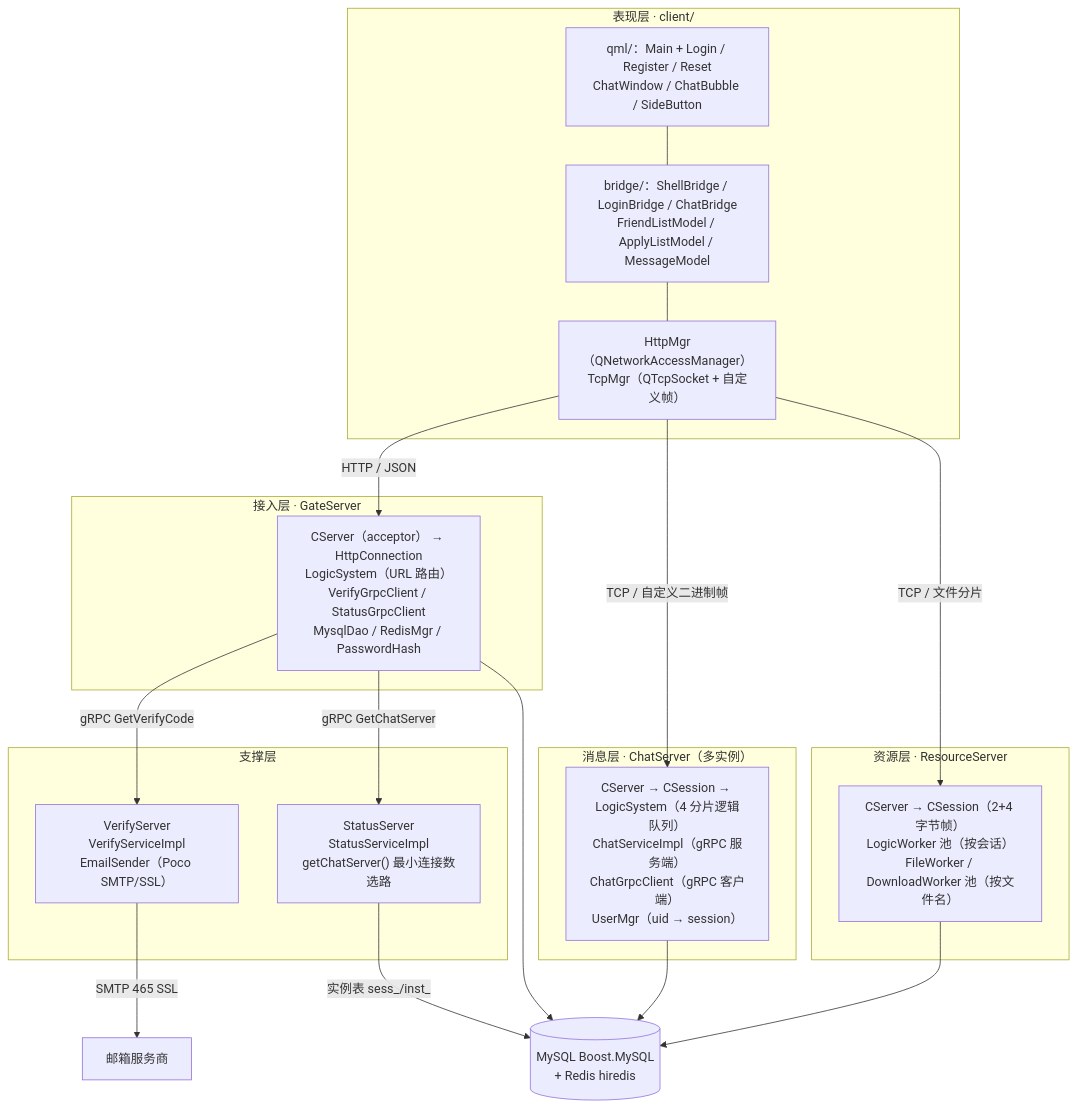
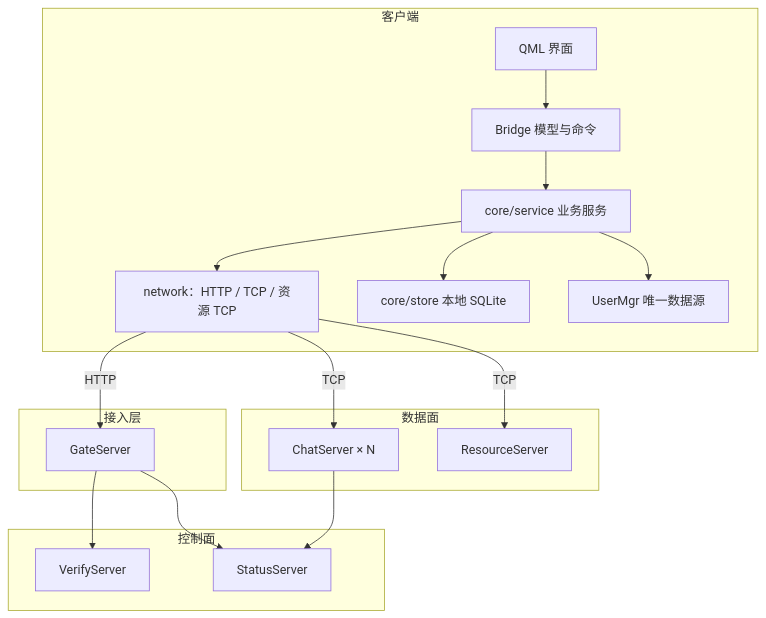
Before and after one commit to yrc920/yunjian: the first of 6 diagrams in docs/01-architecture.md, drawn with Mermaid. The commit also changed other lines of this file and 49 other files, not shown here.

````diff
--- a/docs/01-architecture.md
+++ b/docs/01-architecture.md
@@ -19,40 +16,31 @@
 ```mermaid
 flowchart TB
-    subgraph presentation["表现层 · client/"]
-        UI["qml/：Main + Login / Register / Reset<br/>ChatWindow / ChatBubble / SideButton"]
-        Bridge["bridge/：ShellBridge / LoginBridge / ChatBridge<br/>FriendListModel / ApplyListModel / MessageModel"]
-        CMgr["HttpMgr（QNetworkAccessManager）<br/>TcpMgr（QTcpSocket + 自定义帧）"]
-        UI --- Bridge --- CMgr
+    subgraph Client["客户端"]
+        QML["QML 界面"] --> Bridge["Bridge 模型与命令"]
+        Bridge --> Service["core/service 业务服务"]
+        Service --> Net["network：HTTP / TCP / 资源 TCP"]
+        Service --> Store["core/store 本地 SQLite"]
+        Service --> Mgr["UserMgr 唯一数据源"]
     end
 
-    subgraph access["接入层 · GateServer"]
-        Gate["CServer（acceptor） → HttpConnection<br/>LogicSystem（URL 路由）<br/>VerifyGrpcClient / StatusGrpcClient<br/>MysqlDao / RedisMgr / PasswordHash"]
+    subgraph Edge["接入层"]
+        Gate["GateServer"]
     end
 
-    subgraph support["支撑层"]
-        Verify["VerifyServer<br/>VerifyServiceImpl<br/>EmailSender（Poco SMTP/SSL）"]
-        Status["StatusServer<br/>StatusServiceImpl<br/>getChatServer() 最小连接数选路"]
+    subgraph Control["控制面"]
+        Verify["VerifyServer"]
+        Status["StatusServer"]
     end
 
-    subgraph msg["消息层 · ChatServer（多实例）"]
-        Chat["CServer → CSession → LogicSystem（4 分片逻辑队列）<br/>ChatServiceImpl（gRPC 服务端）<br/>ChatGrpcClient（gRPC 客户端）<br/>UserMgr（uid → session）"]
+    subgraph Data["数据面"]
+        Chat["ChatServer × N"]
+        Resource["ResourceServer"]
     end
 
-    subgraph res["资源层 · ResourceServer"]
-        Res["CServer → CSession（2+4 字节帧）<br/>LogicWorker 池（按会话）<br/>FileWorker / DownloadWorker 池（按文件名）"]
-    end
-
-    Store[("MySQL Boost.MySQL<br/>+ Redis hiredis")]
-    Mail["邮箱服务商"]
-
-    CMgr -->|"HTTP / JSON"| Gate
-    CMgr -->|"TCP / 自定义二进制帧"| Chat
-    CMgr -->|"TCP / 文件分片"| Res
-    Gate -->|"gRPC GetVerifyCode"| Verify
-    Gate -->|"gRPC GetChatServer"| Status
-    Gate --> Store
-    Verify -->|"SMTP 465 SSL"| Mail
-    Status -->|"实例表 sess_/inst_"| Store
-    Chat --> Store
-    Res --> Store
+    Net -->|"HTTP"| Gate
+    Net -->|"TCP"| Chat
+    Net -->|"TCP"| Resource
+    Gate --> Verify
+    Gate --> Status
+    Chat --> Status
 ```
````
